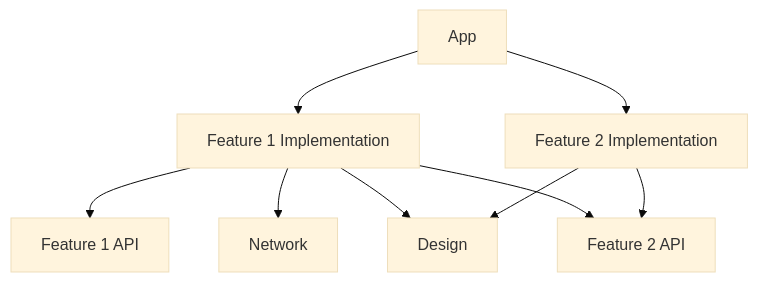
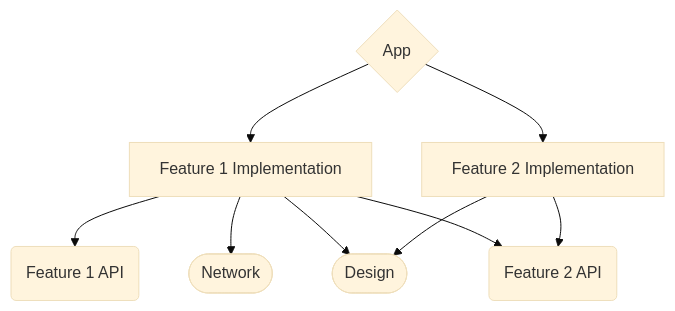
The diagram in README.MD (pwssv67/AVIV-test), drawn with Mermaid (base theme) before and after one commit.

Commit message:
reformat mermaid chart

````diff
--- a/README.MD
+++ b/README.MD
@@ -28,14 +28,14 @@
 ```mermaid
 flowchart TD
-    A[App]
-    B[Network]
-    C[Design]
-    D[Feature 1 API]
-    E[Feature 2 API]
+    A{App}
+    B([Network])
+    C([Design])
+    D(Feature 1 API)
+    E(Feature 2 API)
     F[Feature 1 Implementation]
     G[Feature 2 Implementation]
 
     A --> F & G
     F --> D & B & C & E
     G --> E & C 
 ```
````
